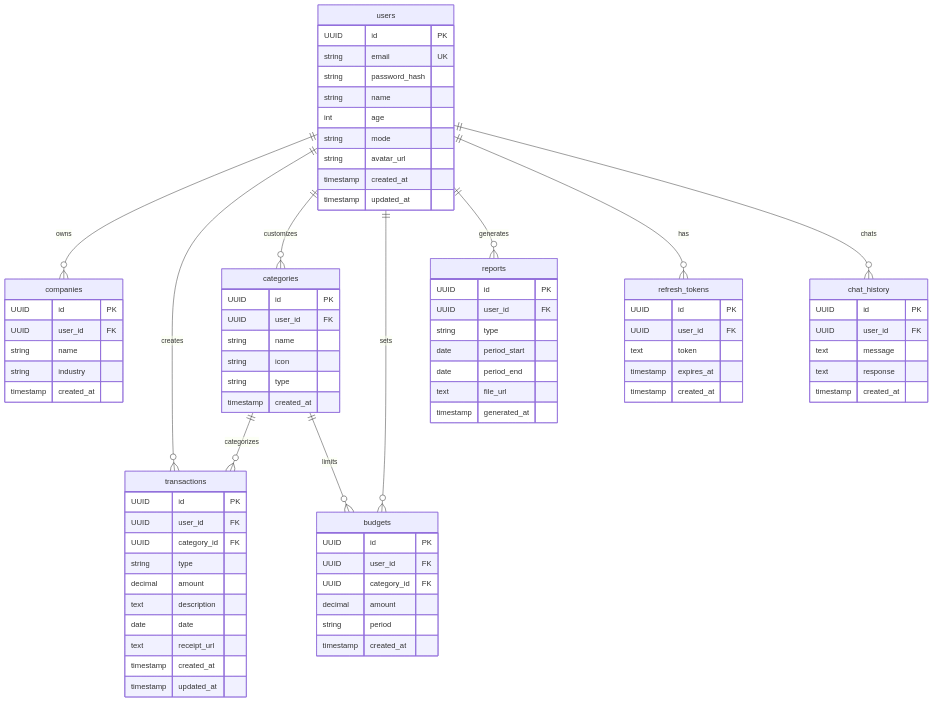
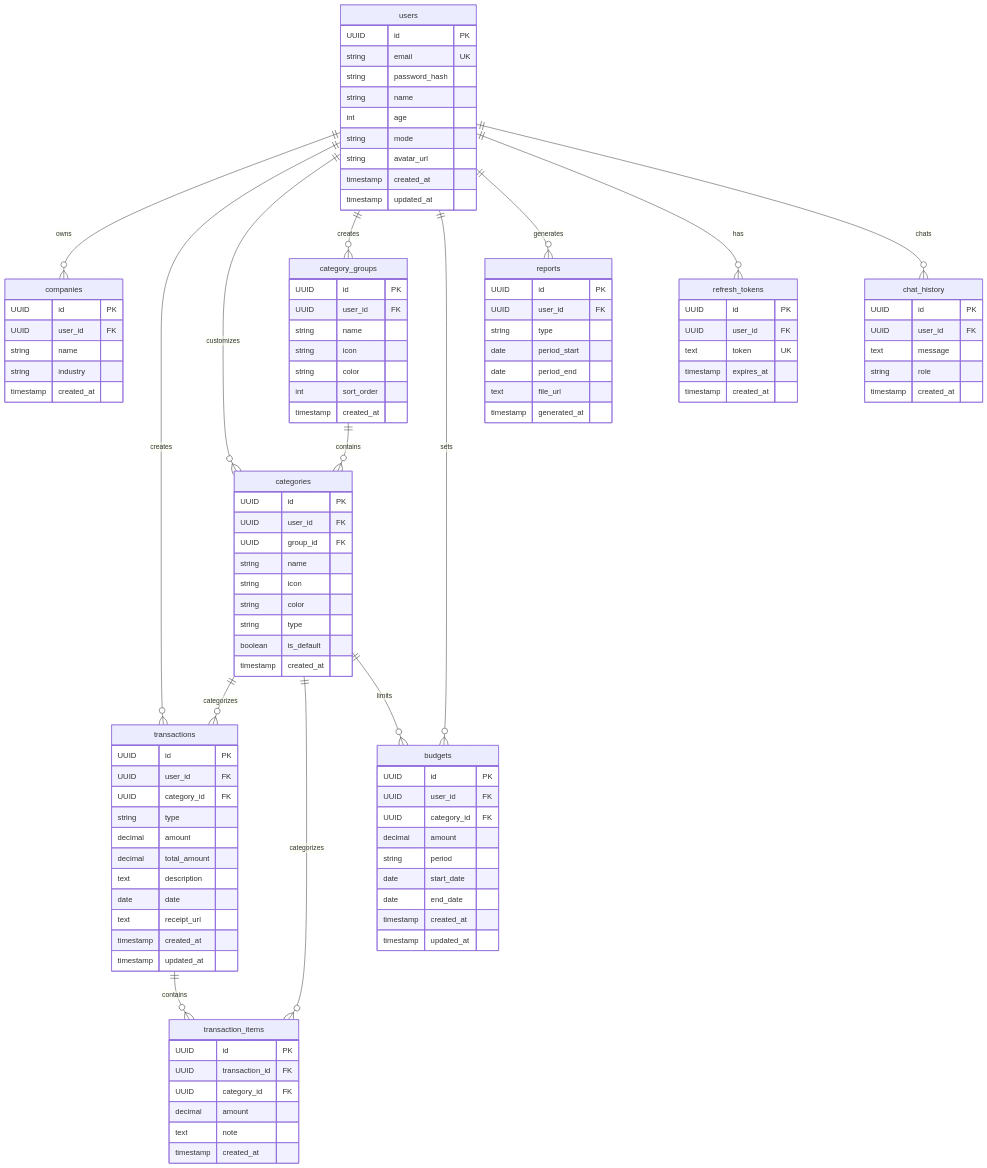
The fifth of 5 diagrams in docs/architecture.md (aan-andiyanaS/finlapor), drawn with Mermaid before and after one commit. The commit also changed other lines of this file, not shown here.

Commit message:
update architecture

````diff
--- a/docs/architecture.md
+++ b/docs/architecture.md
@@ -212,12 +356,16 @@
     users ||--o{ companies : owns
     users ||--o{ transactions : creates
     users ||--o{ categories : customizes
+    users ||--o{ category_groups : creates
     users ||--o{ budgets : sets
     users ||--o{ reports : generates
     users ||--o{ refresh_tokens : has
     users ||--o{ chat_history : chats
+    category_groups ||--o{ categories : contains
     categories ||--o{ transactions : categorizes
+    categories ||--o{ transaction_items : categorizes
     categories ||--o{ budgets : limits
+    transactions ||--o{ transaction_items : contains
 
     users {
         UUID id PK
@@ -239,12 +387,25 @@
         timestamp created_at
     }
 
-    categories {
+    category_groups {
         UUID id PK
         UUID user_id FK
         string name
         string icon
+        string color
+        int sort_order
+        timestamp created_at
+    }
+
+    categories {
+        UUID id PK
+        UUID user_id FK
+        UUID group_id FK
+        string name
+        string icon
+        string color
         string type
+        boolean is_default
         timestamp created_at
     }
 
@@ -254,11 +415,21 @@
         UUID category_id FK
         string type
         decimal amount
+        decimal total_amount
         text description
         date date
         text receipt_url
         timestamp created_at
         timestamp updated_at
+    }
+
+    transaction_items {
+        UUID id PK
+        UUID transaction_id FK
+        UUID category_id FK
+        decimal amount
+        text note
+        timestamp created_at
     }
 
     budgets {
@@ -267,7 +438,10 @@
         UUID category_id FK
         decimal amount
         string period
+        date start_date
+        date end_date
         timestamp created_at
+        timestamp updated_at
     }
 
     reports {
@@ -283,7 +457,7 @@
     refresh_tokens {
         UUID id PK
         UUID user_id FK
-        text token
+        text token UK
         timestamp expires_at
         timestamp created_at
     }
@@ -292,7 +466,7 @@
         UUID id PK
         UUID user_id FK
         text message
-        text response
+        string role
         timestamp created_at
     }
 ```
````
